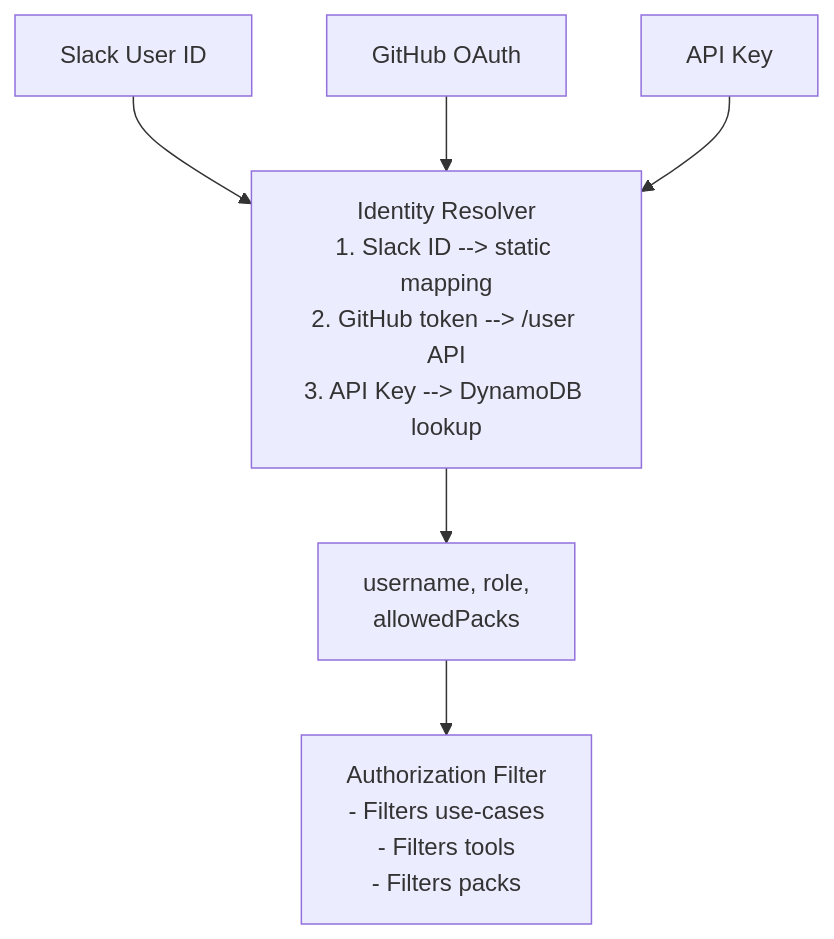
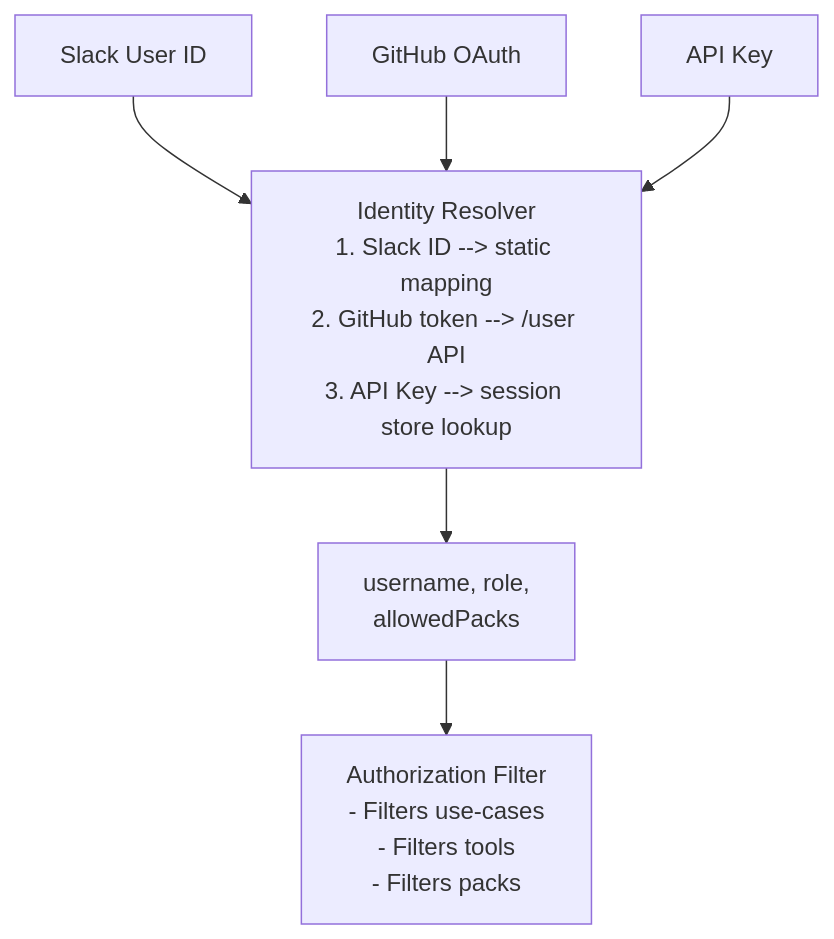
One commit to phbruce/agentrun changed the fourth of 31 diagrams in docs/book/agentrun-book.md. Above: the diagram before and after it, drawn with Mermaid. The commit also changed other lines of this file, not shown here.

````diff
--- a/docs/book/agentrun-book.md
+++ b/docs/book/agentrun-book.md
@@ -417,18 +417,18 @@
 ```mermaid
 flowchart TB
     Slack["Slack User ID"]
     GitHub["GitHub OAuth"]
     APIKey["API Key"]
 
-    Resolver["Identity Resolver\n1. Slack ID --> static mapping\n2. GitHub token --> /user API\n3. API Key --> DynamoDB lookup"]
+    Resolver["Identity Resolver\n1. Slack ID --> static mapping\n2. GitHub token --> /user API\n3. API Key --> session store lookup"]
 
     Identity["username, role,\nallowedPacks"]
 
     AuthFilter["Authorization Filter\n- Filters use-cases\n- Filters tools\n- Filters packs"]
 
     Slack --> Resolver
     GitHub --> Resolver
     APIKey --> Resolver
     Resolver --> Identity
     Identity --> AuthFilter
 ```
````
